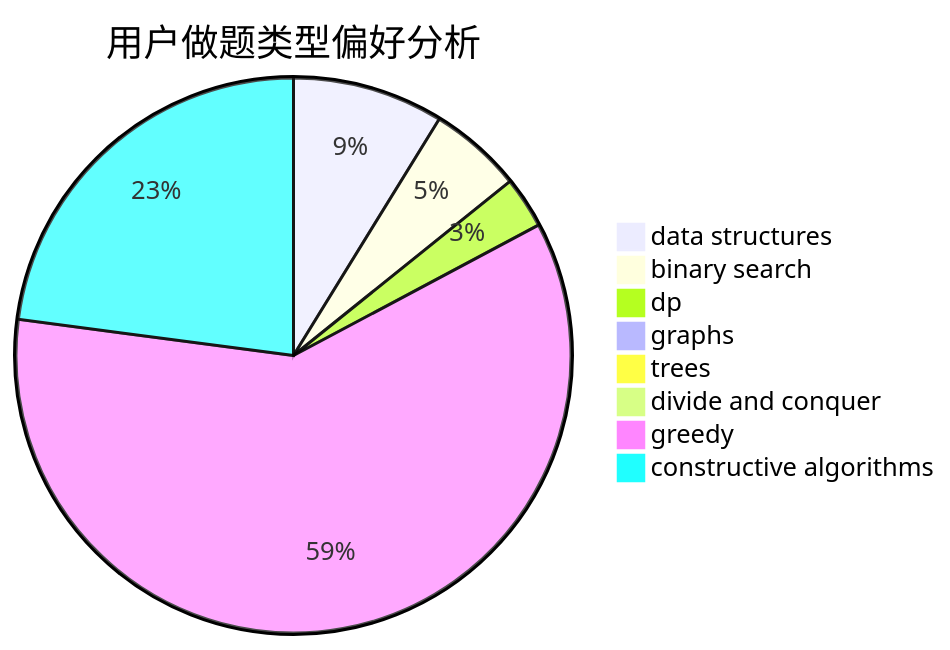
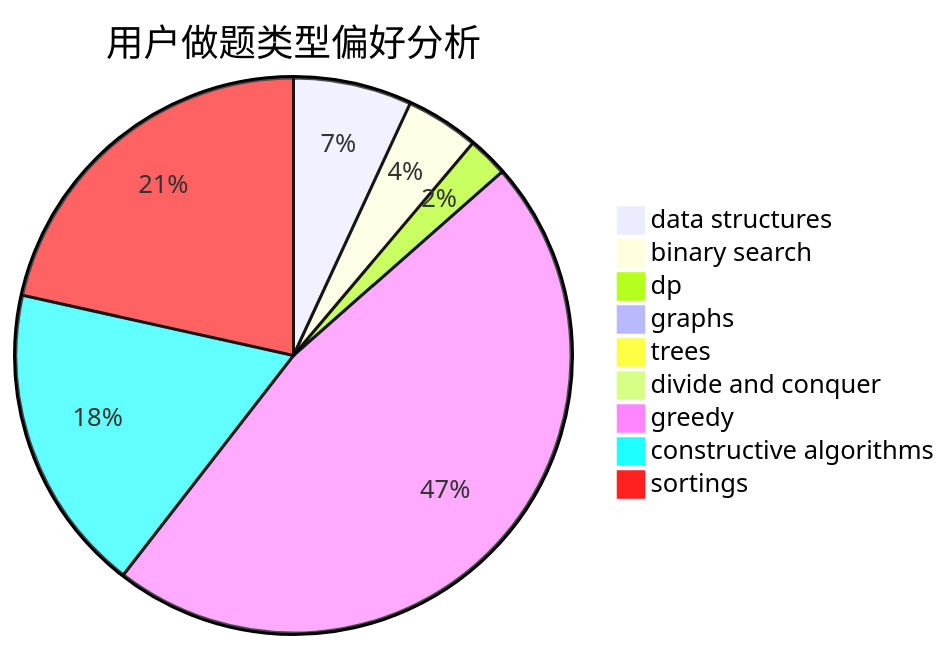
One commit to sherpahu/cfrs.github.io changed the second of 3 diagrams in docs/user/u2643.md. Above: the diagram before and after it, drawn with Mermaid. The commit also changed other lines of this file and 2769 other files, not shown here.

````diff
--- a/docs/user/u2643.md
+++ b/docs/user/u2643.md
@@ -23,11 +18,12 @@
 ```mermaid
 pie title 用户做题类型偏好分析
     "data structures" :  94
     "binary search" :  58
     "dp" :  32
     "graphs" :  7
     "trees" :  2
     "divide and conquer" :  0
     "greedy" :  640
     "constructive algorithms" :  245
+    "sortings" :  293
 ```
````
